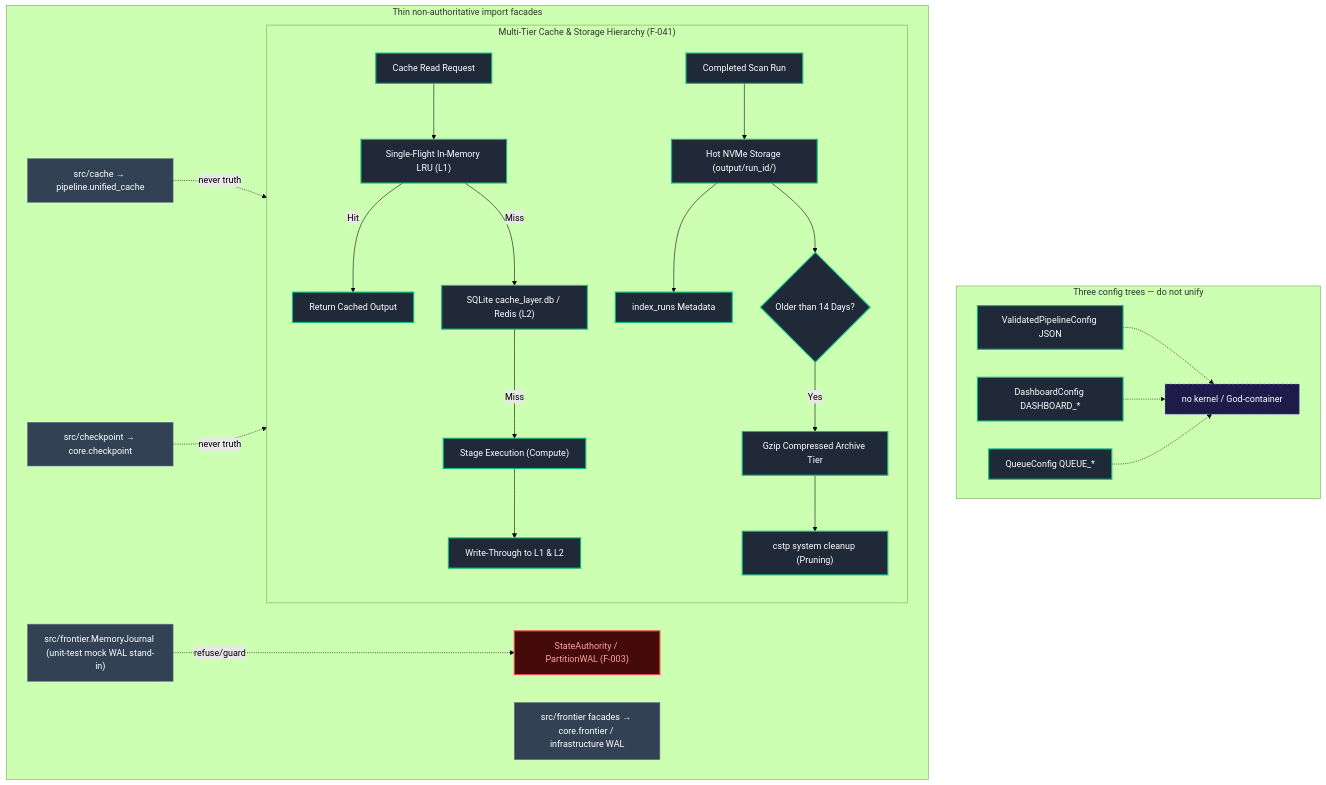
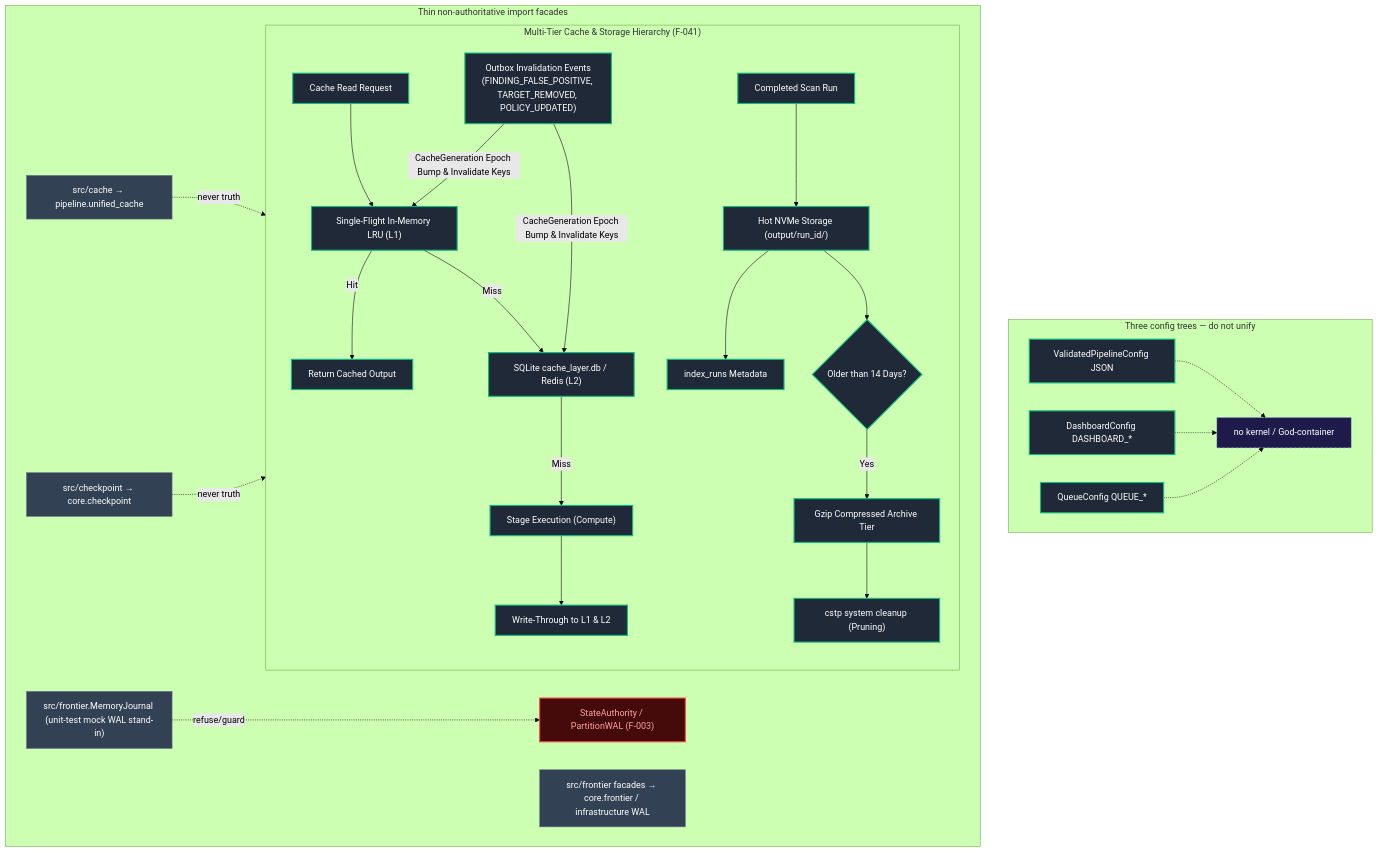
Before and after one commit to AviralGup7/Singularity-Zero: diagram 15 of 16 in docs/flowchart.md, drawn with Mermaid (forest theme). The commit also changed other lines of this file and 5 other files, not shown here.

Commit message:
feat(audit): resolve flowchart discrepancies and implement ClockHealth, BlastRadiusConstraint, snapshot age metrics, and per-tenant EventBus partitions

````diff
--- a/docs/flowchart.md
+++ b/docs/flowchart.md
@@ -915,41 +915,42 @@
 ```mermaid
 flowchart TD
     classDef impl fill:#1f2937,stroke:#10b981,stroke-width:2px,color:#fff;
     classDef singleNode fill:#1e293b,stroke:#0ea5e9,stroke-width:1px,stroke-dasharray:3 3,color:#fff;
     classDef library fill:#334155,stroke:#64748b,stroke-width:1px,color:#fff;
     classDef specOnly fill:#1e1b4b,stroke:#818cf8,stroke-width:1px,stroke-dasharray:4 4,color:#fff;
     classDef vacuous fill:#27272a,stroke:#71717a,stroke-width:1px,color:#a1a1aa;
     classDef forbidden fill:#450a0a,stroke:#ef4444,stroke-width:2px,color:#fca5a5;
 
     subgraph Config["Three config trees — do not unify"]
         ScanCfg["ValidatedPipelineConfig JSON"]:::impl
         DashCfg["DashboardConfig DASHBOARD_*"]:::impl
         QueueCfg["QueueConfig QUEUE_*"]:::impl
         ScanCfg -.-> NoGod["no kernel / God-container"]:::specOnly
         DashCfg -.-> NoGod
         QueueCfg -.-> NoGod
     end
 
     subgraph MultiTierCache["Multi-Tier Cache & Storage Hierarchy (F-041)"]
         Call["Cache Read Request"]:::impl --> SF["Single-Flight In-Memory LRU (L1)"]:::impl
         SF -->|Hit| Return["Return Cached Output"]:::impl
         SF -->|Miss| Persist["SQLite cache_layer.db / Redis (L2)"]:::impl
         Persist -->|Miss| Origin["Stage Execution (Compute)"]:::impl
         Origin --> Write["Write-Through to L1 & L2"]:::impl
+        OutboxEvt["Outbox Invalidation Events<br/>(FINDING_FALSE_POSITIVE, TARGET_REMOVED, POLICY_UPDATED)"]:::impl -->|"CacheGeneration Epoch Bump & Invalidate Keys"| SF & Persist
         Done["Completed Scan Run"]:::impl --> Hot["Hot NVMe Storage (output/run_id/)"]:::impl
         Hot --> Index["index_runs Metadata"]:::impl
         Hot --> PruneCheck{"Older than 14 Days?"}:::impl
         PruneCheck -->|Yes| Arch["Gzip Compressed Archive Tier"]:::impl
         Arch --> PruneJob["cstp system cleanup (Pruning)"]:::impl
     end
 
     subgraph Facades["Thin non-authoritative import facades"]
         CacheFacade["src/cache → pipeline.unified_cache"]:::library
         CkptFacade["src/checkpoint → core.checkpoint"]:::library
         FrontFacade["src/frontier facades → core.frontier / infrastructure WAL"]:::library
         MemJ["src/frontier.MemoryJournal (unit-test mock WAL stand-in)"]:::library
         CacheFacade -.->|never truth| MultiTierCache
         CkptFacade -.->|never truth| MultiTierCache
         MemJ -.->|refuse/guard| AuthPlane["StateAuthority / PartitionWAL (F-003)"]:::forbidden
     end
 ```
````
